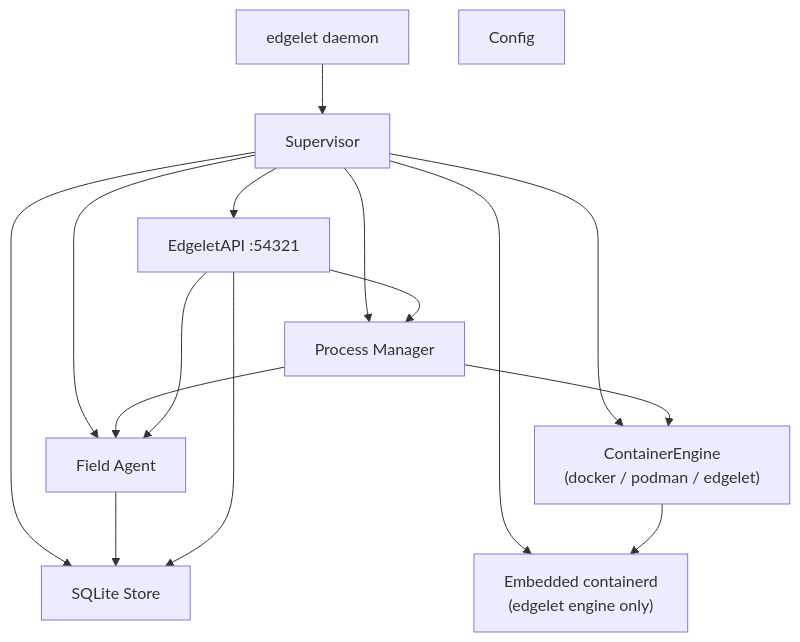
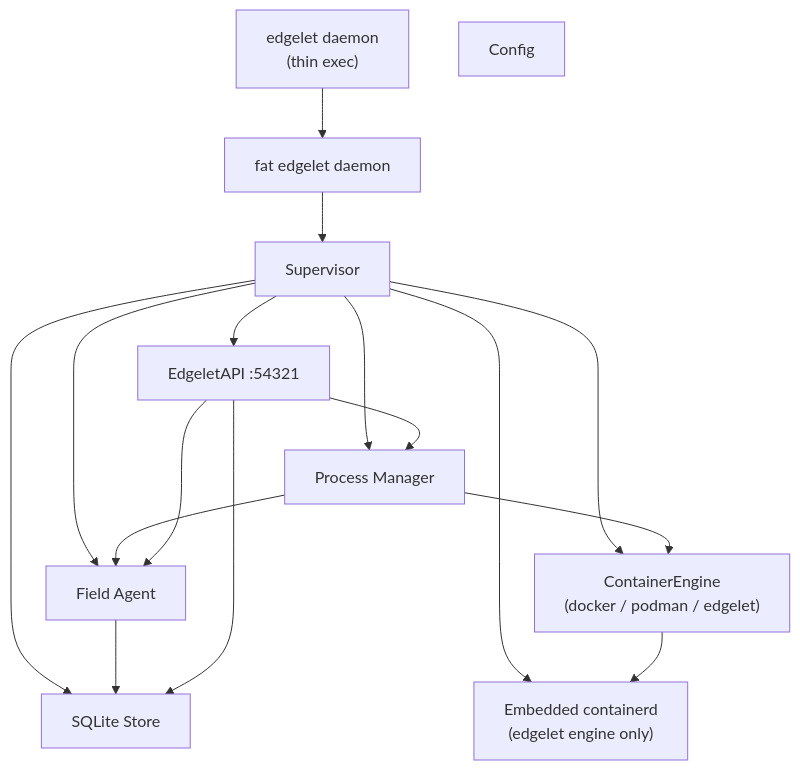
The second of 3 diagrams in docs/edgelet/architecture.md (Datasance/edgelet), drawn with Mermaid before and after one commit. The commit also changed other lines of this file and 11 other files, not shown here.

````diff
--- a/docs/edgelet/architecture.md
+++ b/docs/edgelet/architecture.md
@@ -40,28 +79,30 @@
 ```mermaid
 graph TD
-    main["edgelet daemon"]
+    thin["edgelet daemon\n(thin exec)"]
+    main["fat edgelet daemon"]
     supervisor["Supervisor"]
     fieldagent["Field Agent"]
     processmanager["Process Manager"]
     engine["ContainerEngine<br/>(docker / podman / edgelet)"]
     embedded_containerd["Embedded containerd<br/>(edgelet engine only)"]
     edgeletapi["EdgeletAPI :54321"]
     store["SQLite Store"]
     config["Config"]
 
+    thin --> main
     main --> supervisor
     supervisor --> store
     supervisor --> fieldagent
     supervisor --> embedded_containerd
     supervisor --> engine
     supervisor --> processmanager
     supervisor --> edgeletapi
 
     fieldagent --> store
     processmanager --> engine
     processmanager --> fieldagent
     engine --> embedded_containerd
     edgeletapi --> processmanager
     edgeletapi --> fieldagent
     edgeletapi --> store
 ```
````
